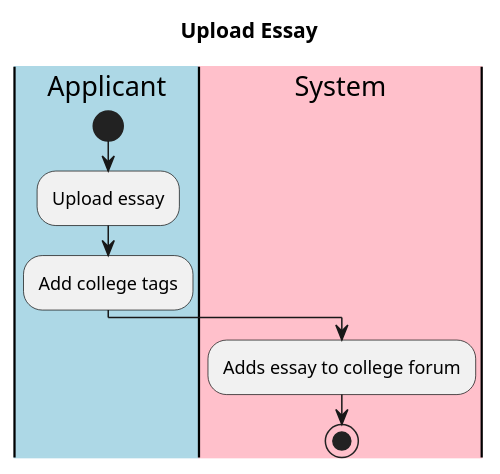
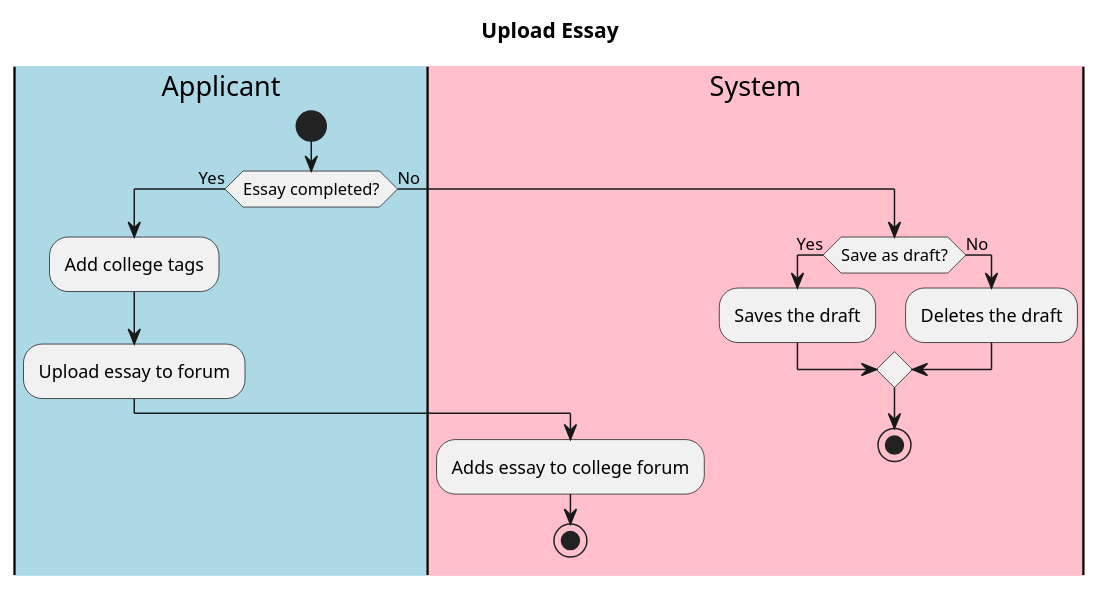
One commit to jlederer33/Essay-Review-App changed the diagram in intellij/use-cases/uploadessays.md. Above: the diagram before and after it, drawn with PlantUML.

Commit message:
Edited upload essay use case to include save as draft option

`````diff
--- a/intellij/use-cases/uploadessays.md
+++ b/intellij/use-cases/uploadessays.md
@@ -1,14 +1,22 @@
 ````plantuml
 
 title Upload Essay
 |#lightblue|Applicant| 
 |#pink|System|
 
 |Applicant|
 start
-:Upload essay;
+if (Essay completed?) then (Yes)
 :Add college tags;
+:Upload essay to forum;
 |System|
 :Adds essay to college forum;
 stop
+else (No)
+if (Save as draft?) then (Yes)
+:Saves the draft;
+else (No) 
+:Deletes the draft;
+endif
+stop
 ````
`````
